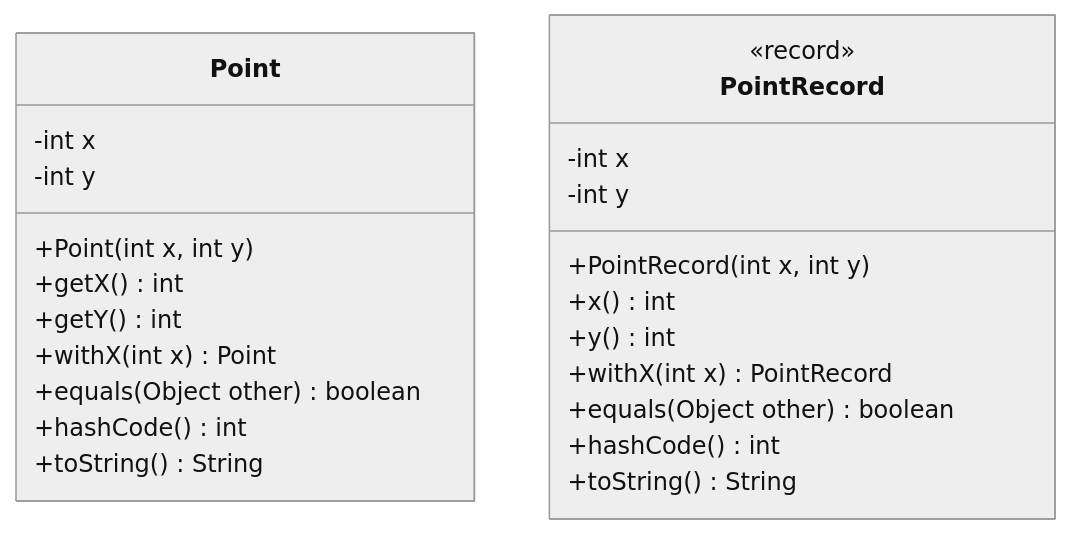
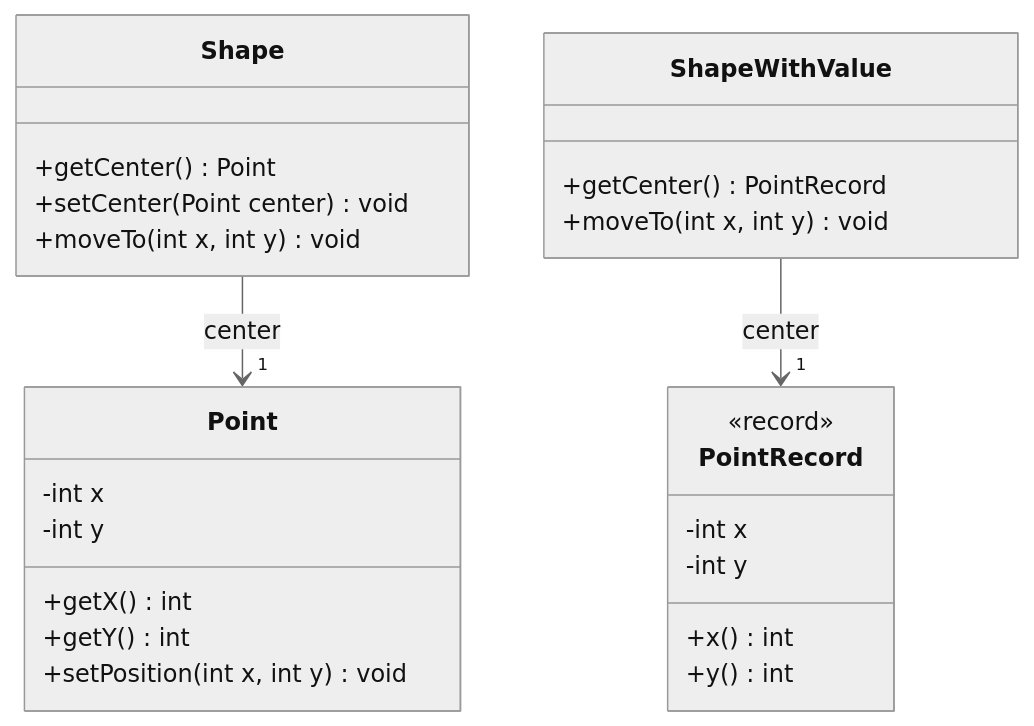
Before and after one commit to cesarfrancoe/OOPConcepts: the diagram in ModernOOP/Immutability.md, drawn with Mermaid (neutral theme). The commit also changed other lines of this file, not shown here.

Commit message:
Refactor Immutability documentation: clarify mutable vs immutable point implementations and encapsulation concepts

````diff
--- a/ModernOOP/Immutability.md
+++ b/ModernOOP/Immutability.md
@@ -147,26 +188,28 @@
 ```mermaid
 classDiagram
     class Point {
         -int x
         -int y
-        +Point(int x, int y)
         +getX() int
         +getY() int
-        +withX(int x) Point
-        +equals(Object other) boolean
-        +hashCode() int
-        +toString() String
+        +setPosition(int x, int y) void
+    }
+    class Shape {
+        +getCenter() Point
+        +setCenter(Point center) void
+        +moveTo(int x, int y) void
     }
     class PointRecord {
         <<record>>
         -int x
         -int y
-        +PointRecord(int x, int y)
         +x() int
         +y() int
-        +withX(int x) PointRecord
-        +equals(Object other) boolean
-        +hashCode() int
-        +toString() String
     }
+    class ShapeWithValue {
+        +getCenter() PointRecord
+        +moveTo(int x, int y) void
+    }
+    Shape --> "1" Point : center
+    ShapeWithValue --> "1" PointRecord : center
 ```
````
